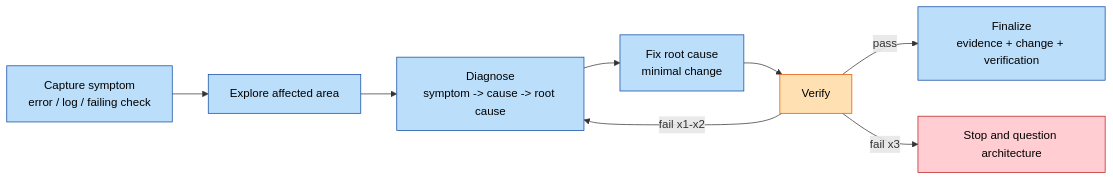
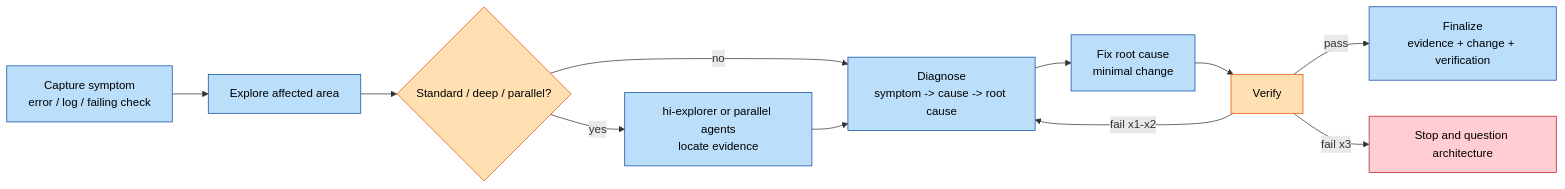
The third of 5 diagrams in README.md (baka3k/dev-kit), drawn with Mermaid before and after one commit. The commit also changed other lines of this file, not shown here.

````diff
--- a/README.md
+++ b/README.md
@@ -333,17 +376,20 @@
 ```mermaid
 graph LR
     A["Capture symptom<br/>error / log / failing check"] --> B["Explore affected area"]
-    B --> C["Diagnose<br/>symptom -> cause -> root cause"]
+    B --> P{"Standard / deep / parallel?"}
+    P -->|no| C["Diagnose<br/>symptom -> cause -> root cause"]
+    P -->|yes| X["hi-explorer or parallel agents<br/>locate evidence"]
+    X --> C
     C --> D["Fix root cause<br/>minimal change"]
     D --> E["Verify"]
     E -->|pass| F["Finalize<br/>evidence + change + verification"]
     E -->|fail x1-x2| C
     E -->|fail x3| G["Stop and question architecture"]
 
     classDef step fill:#bbdefb,stroke:#0d47a1,color:#000
     classDef gate fill:#ffe0b2,stroke:#e65100,color:#000
     classDef fail fill:#ffcdd2,stroke:#b71c1c,color:#000
-    class A,B,C,D,F step
-    class E gate
+    class A,B,C,D,F,X step
+    class P,E gate
     class G fail
 ```
````
